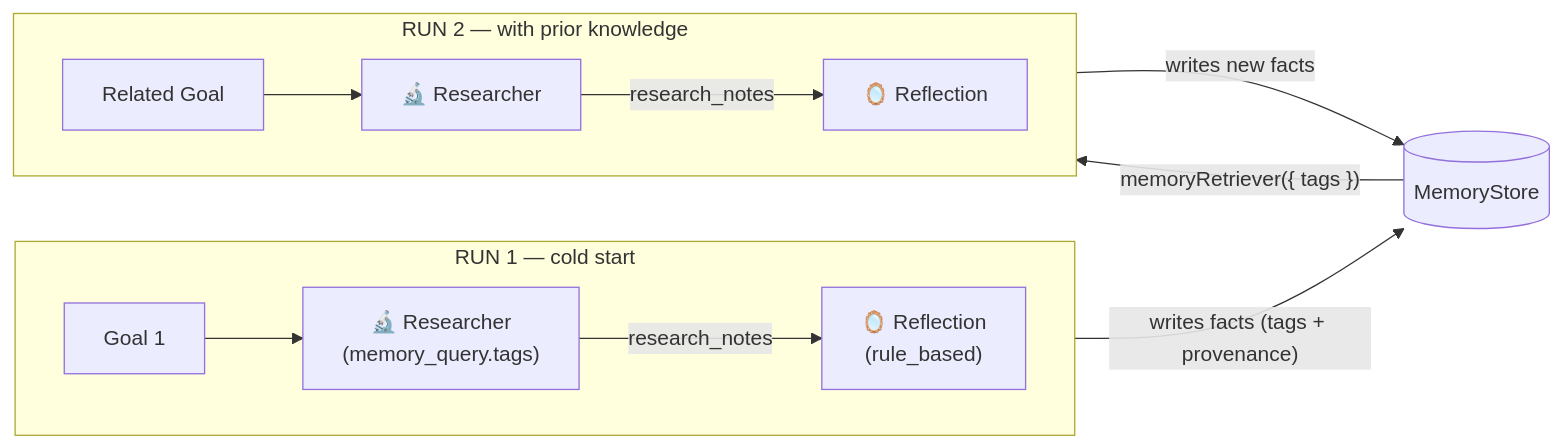
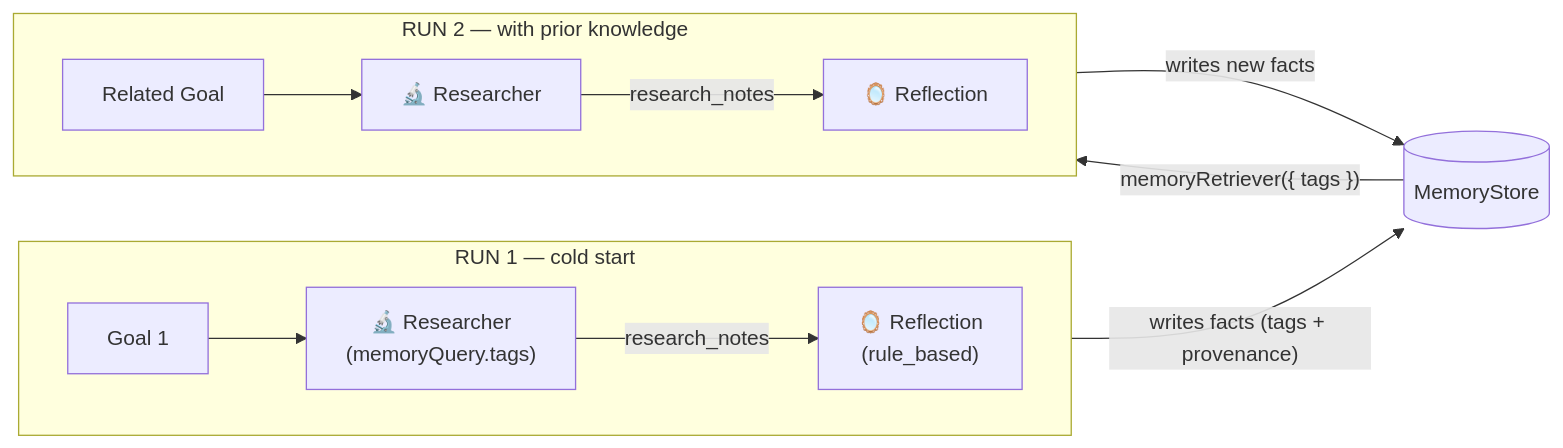
One commit to wmcmahan/cycgraph changed the diagram in apps/docs/src/content/docs/docs/patterns/reflection.md. Above: the diagram before and after it, drawn with Mermaid. The commit also changed other lines of this file and 39 other files, not shown here.

````diff
--- a/apps/docs/src/content/docs/docs/patterns/reflection.md
+++ b/apps/docs/src/content/docs/docs/patterns/reflection.md
@@ -12,20 +12,20 @@
 ```mermaid
 flowchart LR
     subgraph R1["RUN 1 — cold start"]
         direction LR
-        Goal1[Goal 1] --> Researcher1["🔬 Researcher\n(memory_query.tags)"]
+        Goal1[Goal 1] --> Researcher1["🔬 Researcher\n(memoryQuery.tags)"]
         Researcher1 -- "research_notes" --> Reflect1["🪞 Reflection\n(rule_based)"]
     end
 
     Reflect1 -- "writes facts (tags + provenance)" --> Store[(MemoryStore)]
 
     subgraph R2["RUN 2 — with prior knowledge"]
         direction LR
         Goal2[Related Goal] --> Researcher2["🔬 Researcher"]
         Researcher2 -- "research_notes" --> Reflect2["🪞 Reflection"]
     end
 
     Store -- "memoryRetriever({ tags })" --> Researcher2
 
     Reflect2 -- "writes new facts" --> Store
 ```
````
